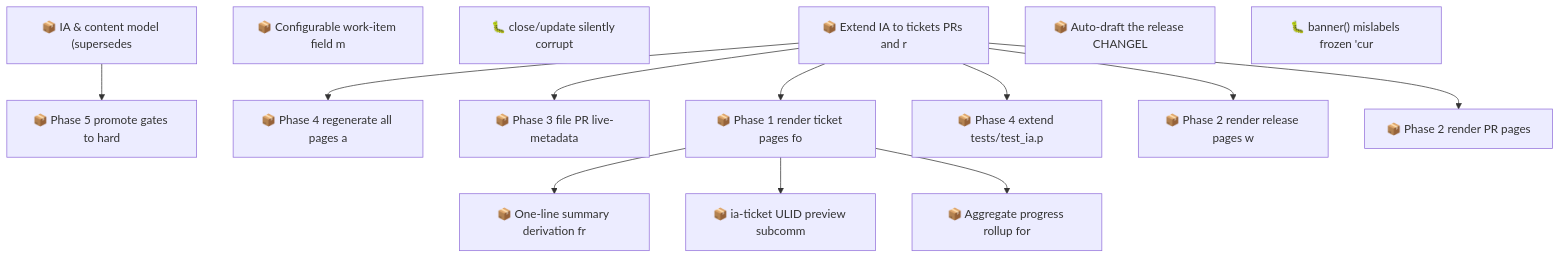
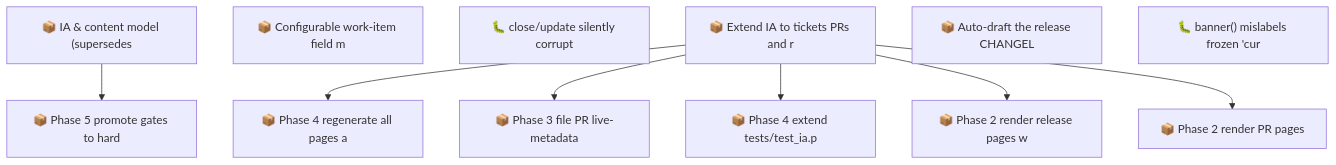
Before and after one commit to SpillwaveSolutions/wiki_ticket_sdd: the second of 2 diagrams in docs/roadmap.md, drawn with Mermaid. The commit also changed other lines of this file and 194 other files, not shown here.

First line of the commit message:
feat(ia): Phase 1 — render_item_page() ticket pages for all four levels

````diff
--- a/docs/roadmap.md
+++ b/docs/roadmap.md
@@ -110,29 +98,21 @@
 ```mermaid
 graph TD
     01KY5G9ZW0H2YMNWDFJYGRPYE5["📦 IA & content model (supersedes"]
     01KY5G9ZW0RABXWHEMEP1FAV2G["📦 Phase 5 promote gates to hard"]
     01KY5NE0ZYGBWG44N0KPEBFCZ8["📦 Configurable work-item field m"]
     01KYA99TVCGX79HFNHN1DVT7Y6["🐛 close/update silently corrupt"]
     01KYABYEQP8ANXGYPBCV2T20D8["📦 Extend IA to tickets PRs and r"]
-    01KYABYEQP9FDY8THDV79F324G["📦 One-line summary derivation fr"]
-    01KYABYEQPAFJM7WC3XZV6YY76["📦 ia-ticket ULID preview subcomm"]
     01KYABYEQPDS2VFQKQ7B6YXZVR["📦 Phase 4 regenerate all pages a"]
     01KYABYEQPF8N2K26ENRKREE0W["📦 Phase 3 file PR live-metadata"]
-    01KYABYEQPK6PV87WNZXEYRB12["📦 Phase 1 render ticket pages fo"]
     01KYABYEQPNK7HHH5CMAR2V1JG["📦 Phase 4 extend tests/test_ia.p"]
     01KYABYEQPP82DJEN19F43YRAE["📦 Phase 2 render release pages w"]
-    01KYABYEQPRM8308SYFPR8X437["📦 Aggregate progress rollup for"]
     01KYABYEQPW8Q2RGGTNP71W88E["📦 Phase 2 render PR pages"]
     01KYAC0AC01R4C6W7YY1X8NVRV["📦 Auto-draft the release CHANGEL"]
     01KYACFJA0SQSF4C83BJZXB5MY["🐛 banner() mislabels frozen 'cur"]
     01KY5G9ZW0H2YMNWDFJYGRPYE5 --> 01KY5G9ZW0RABXWHEMEP1FAV2G
-    01KYABYEQPK6PV87WNZXEYRB12 --> 01KYABYEQP9FDY8THDV79F324G
-    01KYABYEQPK6PV87WNZXEYRB12 --> 01KYABYEQPAFJM7WC3XZV6YY76
     01KYABYEQP8ANXGYPBCV2T20D8 --> 01KYABYEQPDS2VFQKQ7B6YXZVR
     01KYABYEQP8ANXGYPBCV2T20D8 --> 01KYABYEQPF8N2K26ENRKREE0W
-    01KYABYEQP8ANXGYPBCV2T20D8 --> 01KYABYEQPK6PV87WNZXEYRB12
     01KYABYEQP8ANXGYPBCV2T20D8 --> 01KYABYEQPNK7HHH5CMAR2V1JG
     01KYABYEQP8ANXGYPBCV2T20D8 --> 01KYABYEQPP82DJEN19F43YRAE
-    01KYABYEQPK6PV87WNZXEYRB12 --> 01KYABYEQPRM8308SYFPR8X437
     01KYABYEQP8ANXGYPBCV2T20D8 --> 01KYABYEQPW8Q2RGGTNP71W88E
 ```
````
